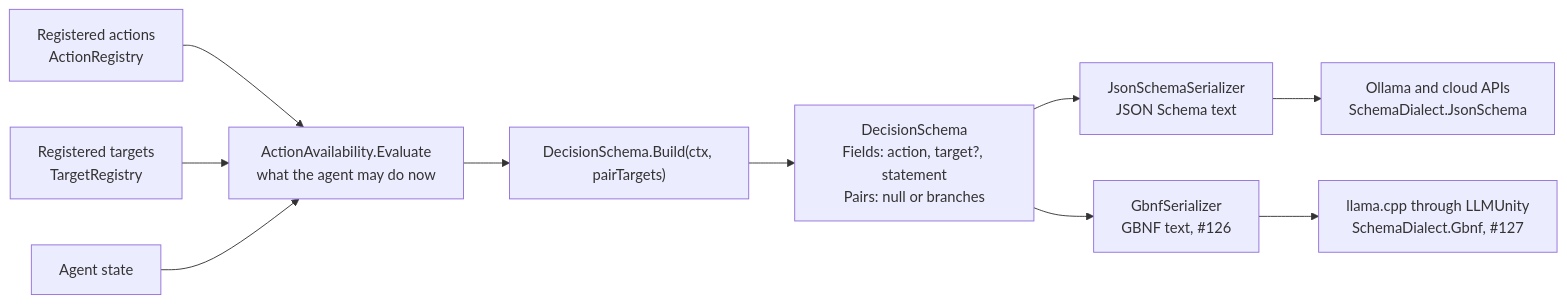
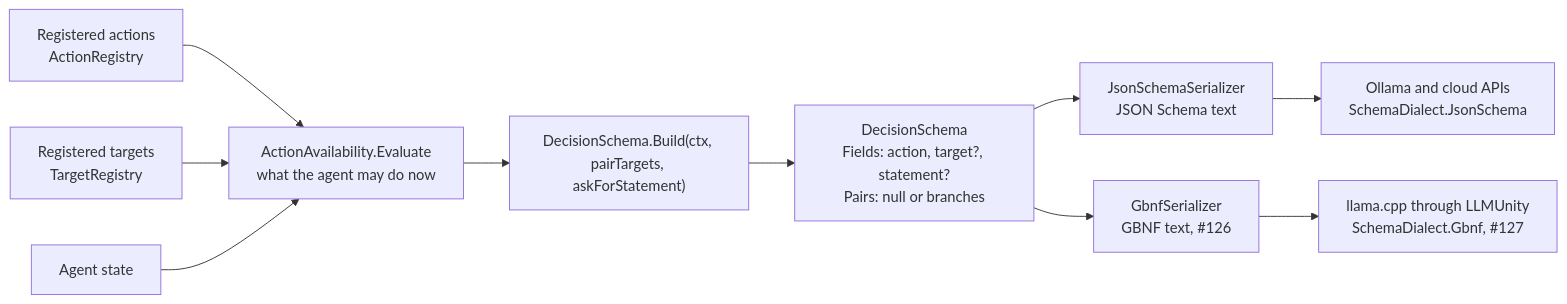
The first of 2 diagrams in docs/llm-wiki/decision-schema.md (agenerela/agenerela), drawn with Mermaid before and after one commit. The commit also changed other lines of this file and 13 other files, not shown here.

First line of the commit message:
A decision can ask for the move alone, with no statement (#266)

````diff
--- a/docs/llm-wiki/decision-schema.md
+++ b/docs/llm-wiki/decision-schema.md
@@ -16,12 +16,12 @@
 ```mermaid
 flowchart LR
     A[Registered actions<br/>ActionRegistry] --> V[ActionAvailability.Evaluate<br/>what the agent may do now]
     T[Registered targets<br/>TargetRegistry] --> V
     S[Agent state] --> V
-    V --> B["DecisionSchema.Build(ctx, pairTargets)"]
-    B --> D["DecisionSchema<br/>Fields: action, target?, statement<br/>Pairs: null or branches"]
+    V --> B["DecisionSchema.Build(ctx, pairTargets, askForStatement)"]
+    B --> D["DecisionSchema<br/>Fields: action, target?, statement?<br/>Pairs: null or branches"]
     D --> J[JsonSchemaSerializer<br/>JSON Schema text]
     D --> G[GbnfSerializer<br/>GBNF text, #126]
     J --> O[Ollama and cloud APIs<br/>SchemaDialect.JsonSchema]
     G --> L[llama.cpp through LLMUnity<br/>SchemaDialect.Gbnf, #127]
 ```
````
